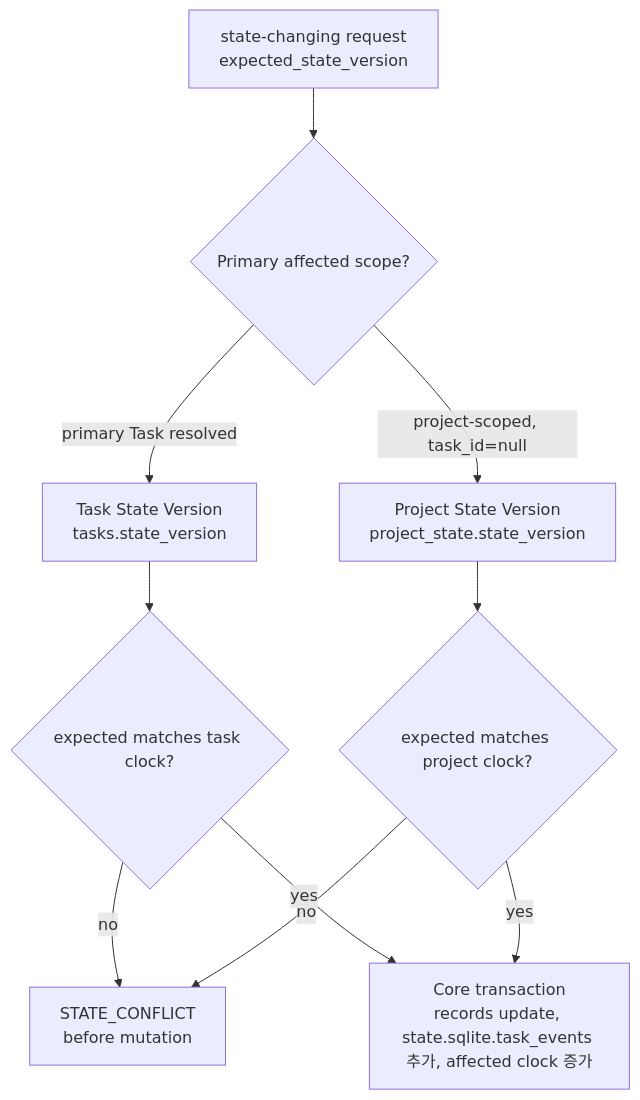
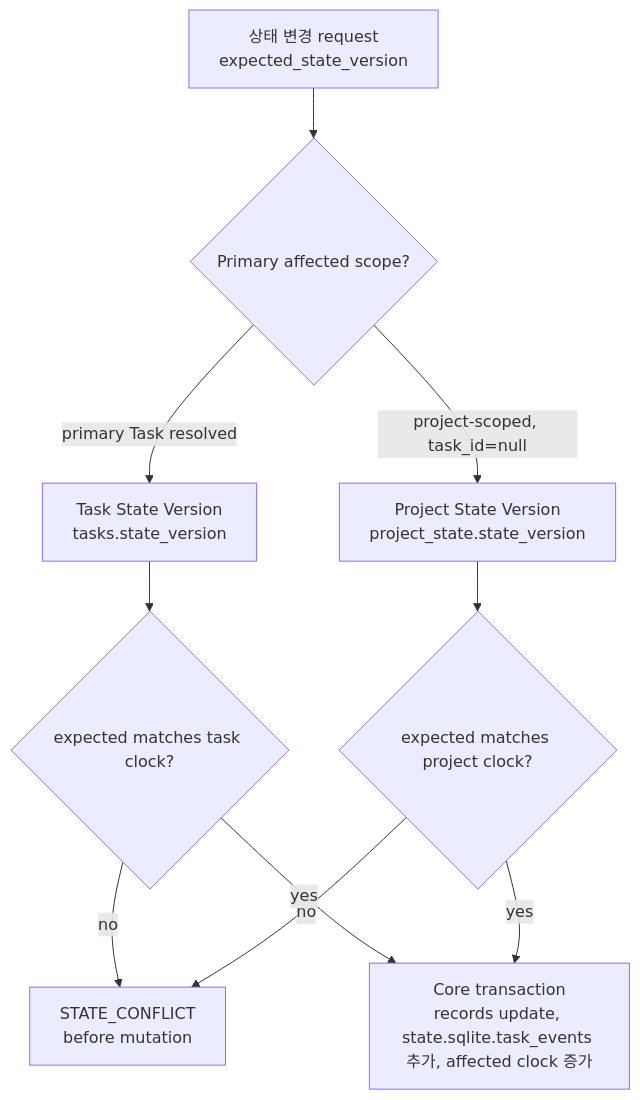
Before and after one commit to minjungw00/Volicord: the second of 10 diagrams in docs/ko/reference/storage-and-ddl.md, drawn with Mermaid. The commit also changed other lines of this file and 14 other files, not shown here.

````diff
--- a/docs/ko/reference/storage-and-ddl.md
+++ b/docs/ko/reference/storage-and-ddl.md
@@ -812,19 +812,19 @@
 ```mermaid
 flowchart TD
-  Request["state-changing request<br/>expected_state_version"]
+  Request["상태 변경 request<br/>expected_state_version"]
   Scope{"Primary affected scope?"}
   TaskClock["Task State Version<br/>tasks.state_version"]
   ProjectClock["Project State Version<br/>project_state.state_version"]
   CompareTask{"expected matches task clock?"}
   CompareProject{"expected matches project clock?"}
   Conflict["STATE_CONFLICT<br/>before mutation"]
   Commit["Core transaction<br/>records update, state.sqlite.task_events 추가, affected clock 증가"]
 
   Request --> Scope
   Scope -->|primary Task resolved| TaskClock --> CompareTask
   Scope -->|project-scoped, task_id=null| ProjectClock --> CompareProject
   CompareTask -->|no| Conflict
   CompareProject -->|no| Conflict
   CompareTask -->|yes| Commit
   CompareProject -->|yes| Commit
 ```
````
